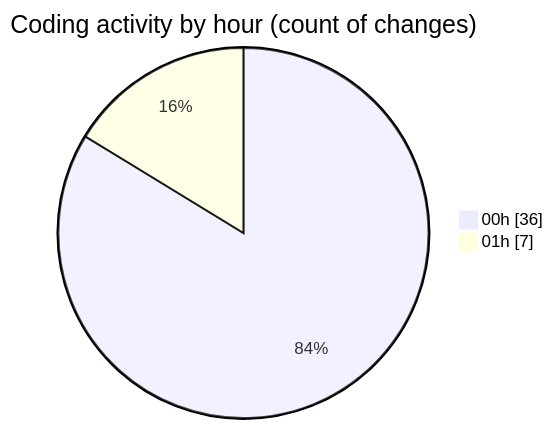
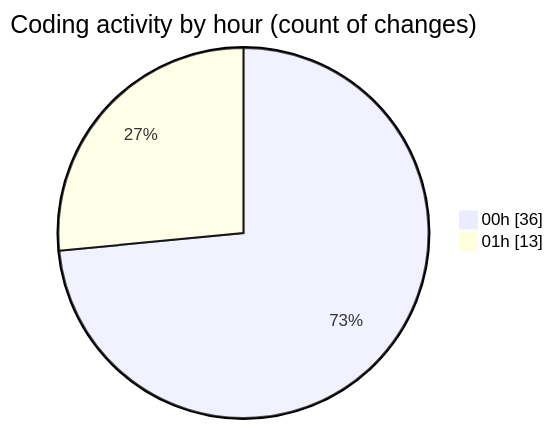
Before and after one commit to Ritupan-Deka/code-tracking: the second of 2 diagrams in 2025-05-04/houserentalservice/README.md, drawn with Mermaid. The commit also changed other lines of this file and 1 other file, not shown here.

````diff
--- a/2025-05-04/houserentalservice/README.md
+++ b/2025-05-04/houserentalservice/README.md
@@ -58,6 +63,6 @@
 ```mermaid
 pie showData
 title Coding activity by hour (count of changes)
 "00h" : 36
-"01h" : 7
+"01h" : 13
 ```
````
